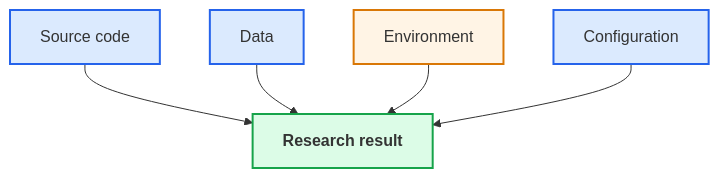
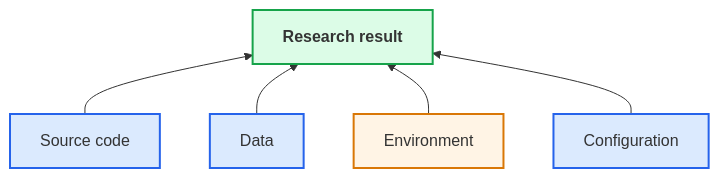
Before and after one commit to OxfordRSE/softeng-ai-daycourse: the first of 5 diagrams in pages/03-environments.md, drawn with Mermaid. The commit also changed other lines of this file and 16 other files, not shown here.

````diff
--- a/pages/03-environments.md
+++ b/pages/03-environments.md
@@ -20,13 +20,13 @@
 ```mermaid
-flowchart TD
+flowchart BT
     S["Source code"] --> R["<b>Research result</b>"]
     D["Data"] --> R
     E["Environment"] --> R
     C["Configuration"] --> R
 
     style S fill:#dbeafe,stroke:#2563eb,stroke-width:2px
     style D fill:#dbeafe,stroke:#2563eb,stroke-width:2px
     style E fill:#fff4e5,stroke:#d97706,stroke-width:2px
     style C fill:#dbeafe,stroke:#2563eb,stroke-width:2px
     style R fill:#dcfce7,stroke:#16a34a,stroke-width:2px
 ```
````
